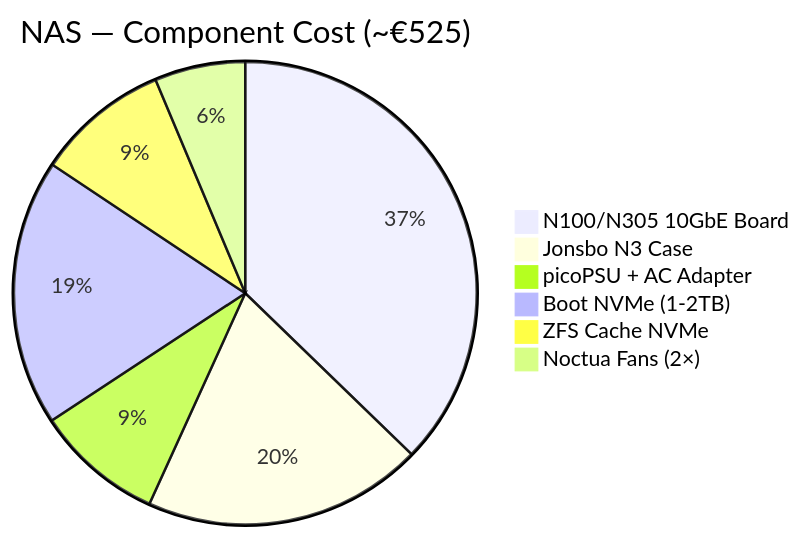
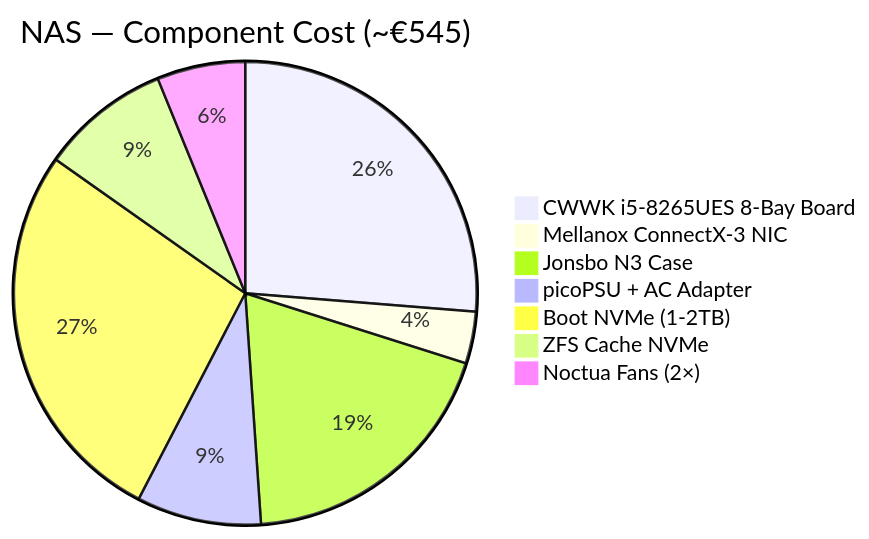
The fourth of 13 diagrams in notes/charts/project-costs.md (MMastro-Dev/wiki), drawn with Mermaid before and after one commit. The commit also changed other lines of this file and 5 other files, not shown here.

````diff
--- a/notes/charts/project-costs.md
+++ b/notes/charts/project-costs.md
@@ -61,9 +61,10 @@
 ```mermaid
-pie title NAS — Component Cost (~€525)
-    "N100/N305 10GbE Board" : 200
+pie title NAS — Component Cost (~€545)
+    "CWWK i5-8265UES 8-Bay Board" : 145
+    "Mellanox ConnectX-3 NIC" : 20
     "Jonsbo N3 Case" : 105
     "picoPSU + AC Adapter" : 48
-    "Boot NVMe (1-2TB)" : 100
+    "Boot NVMe (1-2TB)" : 150
     "ZFS Cache NVMe" : 50
     "Noctua Fans (2×)" : 34
 ```
````
